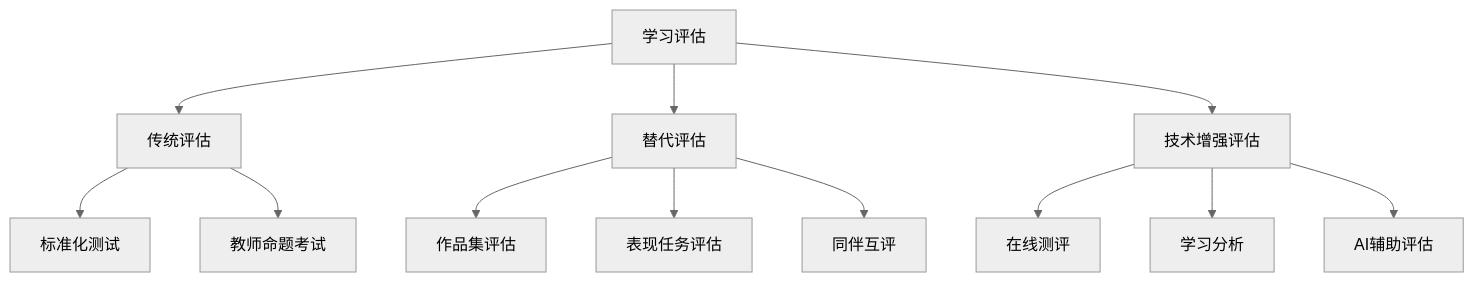
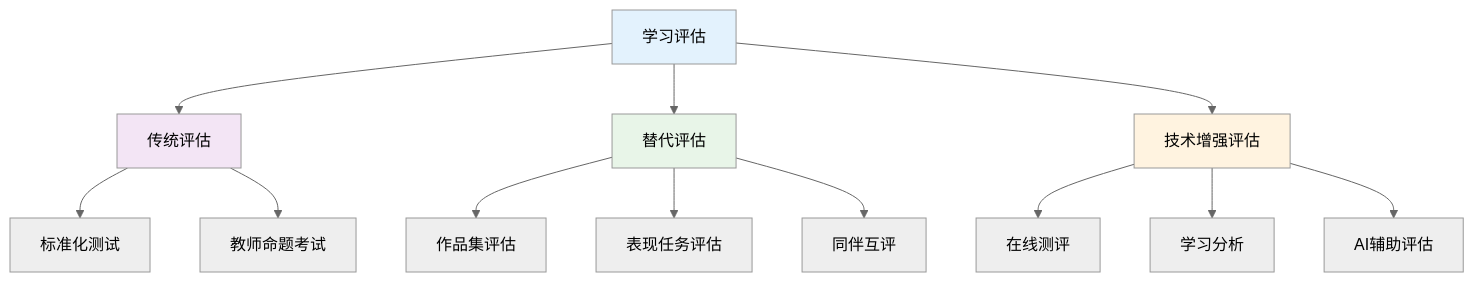
One commit to AdaMartin18010/SeniorEnducation changed the first of 7 diagrams in 04-评估与发展/01-学习评估体系.md. Above: the diagram before and after it, drawn with Mermaid (neutral theme). The commit also changed other lines of this file and 16 other files, not shown here.

````diff
--- a/04-评估与发展/01-学习评估体系.md
+++ b/04-评估与发展/01-学习评估体系.md
@@ -81,17 +85,22 @@
 ```mermaid
 graph TD
     A[学习评估] --> B[传统评估]
     A --> C[替代评估]
     A --> D[技术增强评估]
     
     B --> B1[标准化测试]
     B --> B2[教师命题考试]
     
     C --> C1[作品集评估]
     C --> C2[表现任务评估]
     C --> C3[同伴互评]
     
     D --> D1[在线测评]
     D --> D2[学习分析]
     D --> D3[AI辅助评估]
+    
+    style A fill:#e3f2fd
+    style B fill:#f3e5f5
+    style C fill:#e8f5e8
+    style D fill:#fff3e0
 ```
````
